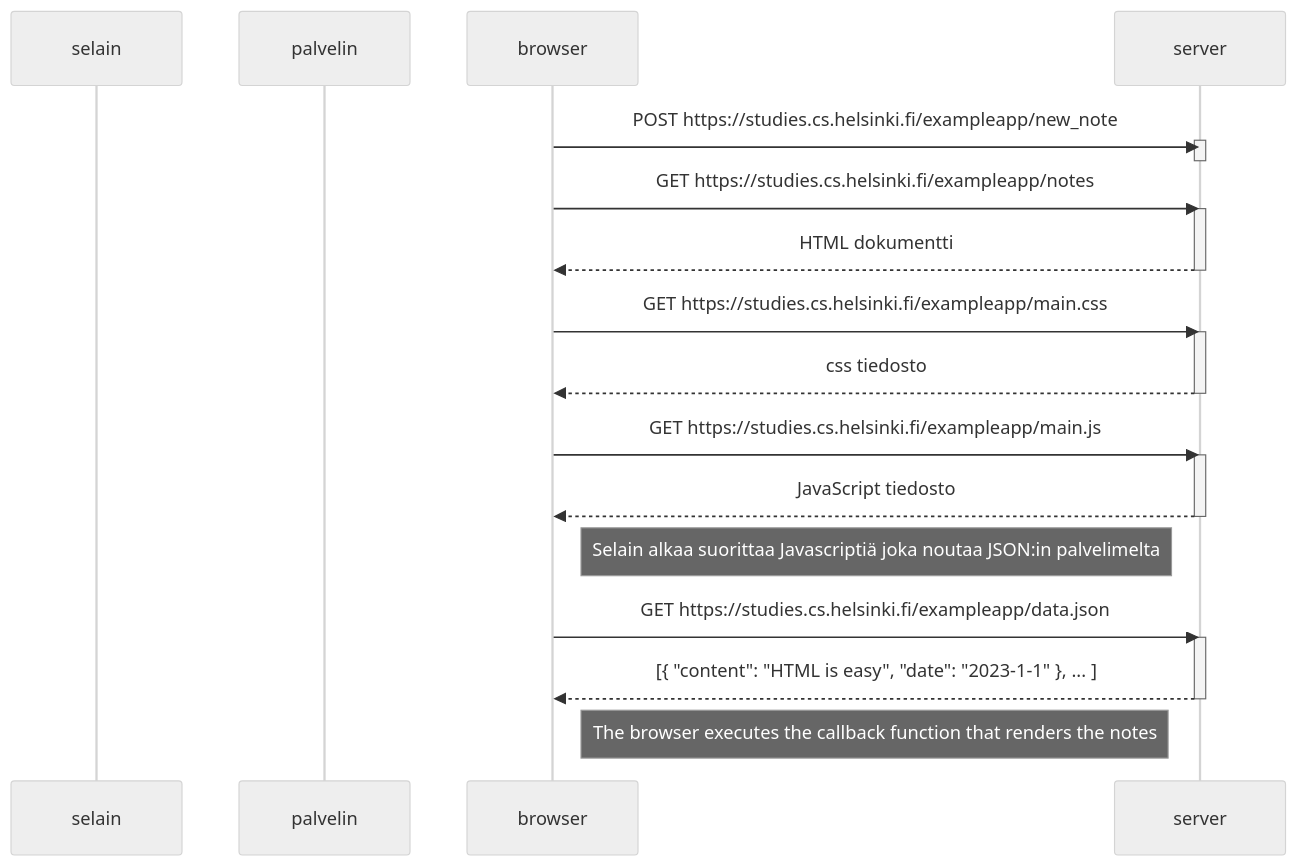
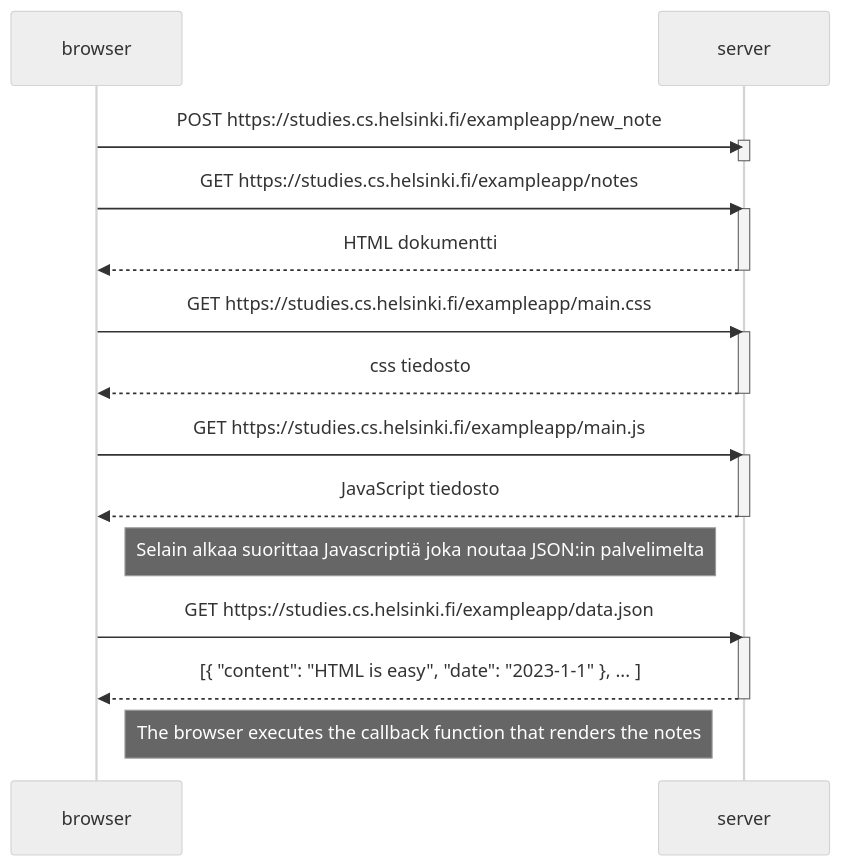
Before and after one commit to tuuhei8/full-stack-open: the diagram in fso0t1.md, drawn with Mermaid (neutral theme).

````diff
--- a/fso0t1.md
+++ b/fso0t1.md
@@ -1,33 +1,33 @@
 ```mermaid
 sequenceDiagram
-    participant selain
-    participant palvelin
+    participant browser
+    participant server
 
     browser->>server: POST https://studies.cs.helsinki.fi/exampleapp/new_note
     activate server
     deactivate server
     
     browser->>server: GET https://studies.cs.helsinki.fi/exampleapp/notes
     activate server
     server-->>browser: HTML dokumentti
     deactivate server
     
     browser->>server: GET https://studies.cs.helsinki.fi/exampleapp/main.css
     activate server
     server-->>browser: css tiedosto
     deactivate server
     
     browser->>server: GET https://studies.cs.helsinki.fi/exampleapp/main.js
     activate server
     server-->>browser: JavaScript tiedosto
     deactivate server
     
     Note right of browser: Selain alkaa suorittaa Javascriptiä joka noutaa JSON:in palvelimelta
     
     browser->>server: GET https://studies.cs.helsinki.fi/exampleapp/data.json
     activate server
     server-->>browser: [{ "content": "HTML is easy", "date": "2023-1-1" }, ... ]
     deactivate server    
 
     Note right of browser: The browser executes the callback function that renders the notes 
 ```
````
